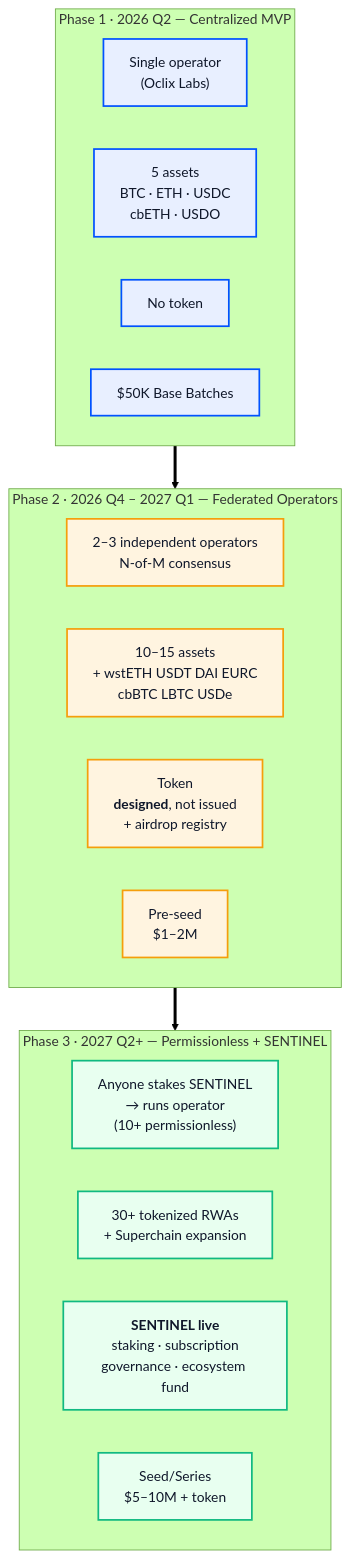
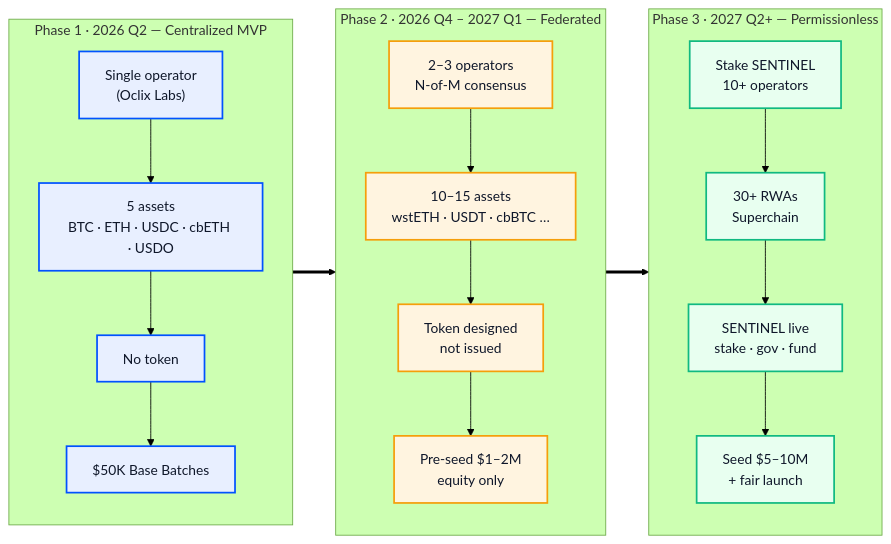
The diagram in docs/diagrams/3-phase-decentralization.mmd (Oclix-Labs/The-Sentinel), drawn with Mermaid (forest theme) before and after one commit. The commit also changed 23 other files, not shown here.

```diff
--- a/docs/diagrams/3-phase-decentralization.mmd
+++ b/docs/diagrams/3-phase-decentralization.mmd
@@ -1,37 +1,40 @@
 %% RWA Sentinel — Progressive Decentralization (Phase 1 → 2 → 3)
-%% Excalidraw: Mermaid → Diagram (Cmd+Shift+M, paste this code)
+%% Paper layout: left-to-right columns (regenerate SVG with mmdc -w 1200)
 
-flowchart TB
+flowchart LR
     subgraph P1["Phase 1 · 2026 Q2 — Centralized MVP"]
-        direction LR
+        direction TB
         P1OP["Single operator<br/>(Oclix Labs)"]
-        P1AS["5 assets<br/>BTC · ETH · USDC<br/>cbETH · USDO"]
+        P1AS["5 assets<br/>BTC · ETH · USDC · cbETH · USDO"]
         P1TK["No token"]
         P1FU["$50K Base Batches"]
+        P1OP --> P1AS --> P1TK --> P1FU
     end
 
-    subgraph P2["Phase 2 · 2026 Q4 – 2027 Q1 — Federated Operators"]
-        direction LR
-        P2OP["2–3 independent operators<br/>N-of-M consensus"]
-        P2AS["10–15 assets<br/>+ wstETH USDT DAI EURC<br/>cbBTC LBTC USDe"]
-        P2TK["Token<br/><b>designed</b>, not issued<br/>+ airdrop registry"]
-        P2FU["Pre-seed<br/>$1–2M"]
+    subgraph P2["Phase 2 · 2026 Q4 – 2027 Q1 — Federated"]
+        direction TB
+        P2OP["2–3 operators<br/>N-of-M consensus"]
+        P2AS["10–15 assets<br/>wstETH · USDT · cbBTC …"]
+        P2TK["Token designed<br/>not issued"]
+        P2FU["Pre-seed $1–2M<br/>equity only"]
+        P2OP --> P2AS --> P2TK --> P2FU
     end
 
-    subgraph P3["Phase 3 · 2027 Q2+ — Permissionless + SENTINEL"]
-        direction LR
-        P3OP["Anyone stakes SENTINEL<br/>→ runs operator<br/>(10+ permissionless)"]
-        P3AS["30+ tokenized RWAs<br/>+ Superchain expansion"]
-        P3TK["<b>SENTINEL live</b><br/>staking · subscription<br/>governance · ecosystem fund"]
-        P3FU["Seed/Series<br/>$5–10M + token"]
+    subgraph P3["Phase 3 · 2027 Q2+ — Permissionless"]
+        direction TB
+        P3OP["Stake SENTINEL<br/>10+ operators"]
+        P3AS["30+ RWAs<br/>Superchain"]
+        P3TK["SENTINEL live<br/>stake · gov · fund"]
+        P3FU["Seed $5–10M<br/>+ fair launch"]
+        P3OP --> P3AS --> P3TK --> P3FU
     end
 
     P1 ==> P2 ==> P3
 
     classDef phase1 fill:#E8EFFF,stroke:#0052FF,stroke-width:2px,color:#0F172A
     classDef phase2 fill:#FFF4E0,stroke:#F59E0B,stroke-width:2px,color:#0F172A
     classDef phase3 fill:#E8FFF0,stroke:#10B981,stroke-width:2px,color:#0F172A
 
     class P1OP,P1AS,P1TK,P1FU phase1
     class P2OP,P2AS,P2TK,P2FU phase2
     class P3OP,P3AS,P3TK,P3FU phase3
```
